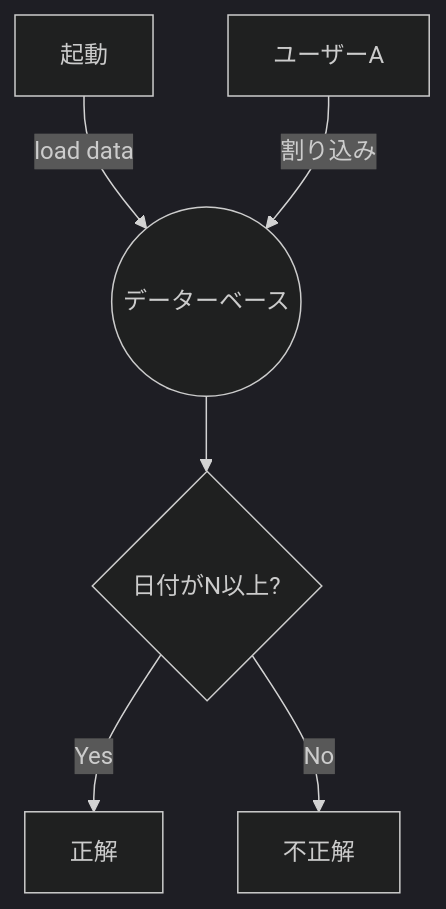
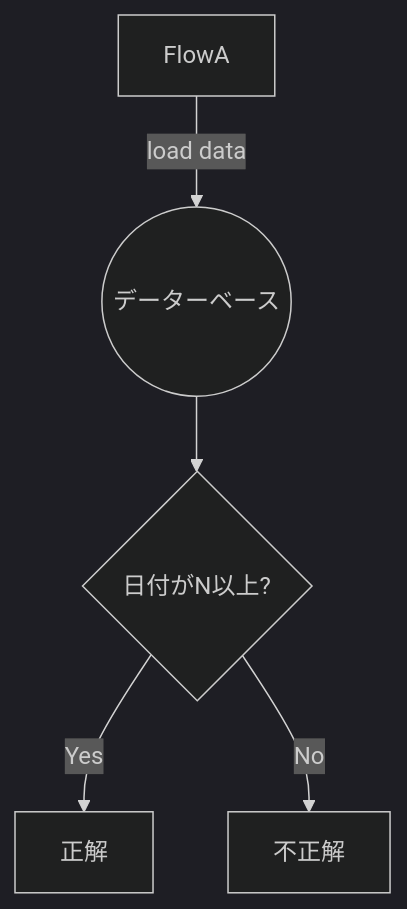
The second of 2 diagrams in flow.md (lamplusoka/train_Muscle), drawn with Mermaid (dark theme) before and after one commit. The commit also changed other lines of this file, not shown here.

Commit message:
flow.md updated from https://stackedit.io/

````diff
--- a/flow.md
+++ b/flow.md
@@ -28,8 +28,7 @@
 ```mermaid
 graph TD
-Start[起動] -- load data -->DB((データーベース))
-A[ユーザーA] -- 割り込み --> DB
+Start[FlowA] -- load data -->DB((データーベース))
 DB --> IF1{日付がN以上?}
 IF1-- Yes --> OK[正解]
 IF1-- No --> NG[不正解]
 ```
````
